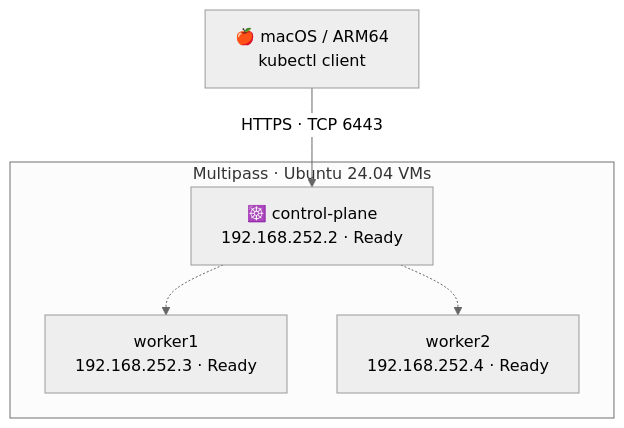
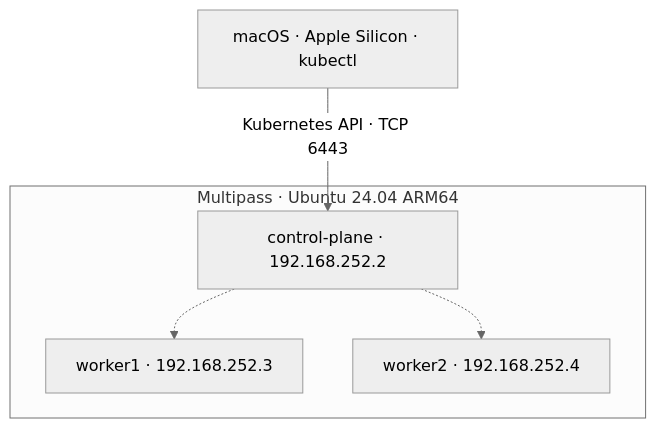
One commit to javahedi/k8s-homelab changed the diagram in README.md. Above: the diagram before and after it, drawn with Mermaid (neutral theme). The commit also changed other lines of this file, not shown here.

````diff
--- a/README.md
+++ b/README.md
@@ -14,11 +30,11 @@
 ```mermaid
 flowchart TB
-    A["🍎 macOS / ARM64<br/>kubectl client"] -->|"HTTPS · TCP 6443"| CP
-    subgraph M["Multipass · Ubuntu 24.04 VMs"]
-        CP["☸️ control-plane<br/>192.168.252.2 · Ready"]
-        W1["worker1<br/>192.168.252.3 · Ready"]
-        W2["worker2<br/>192.168.252.4 · Ready"]
+    MAC["macOS · Apple Silicon · kubectl"] -->|"Kubernetes API · TCP 6443"| CP
+    subgraph VMS["Multipass · Ubuntu 24.04 ARM64"]
+        CP["control-plane · 192.168.252.2"]
+        W1["worker1 · 192.168.252.3"]
+        W2["worker2 · 192.168.252.4"]
         CP -.-> W1
         CP -.-> W2
     end
 ```
````
